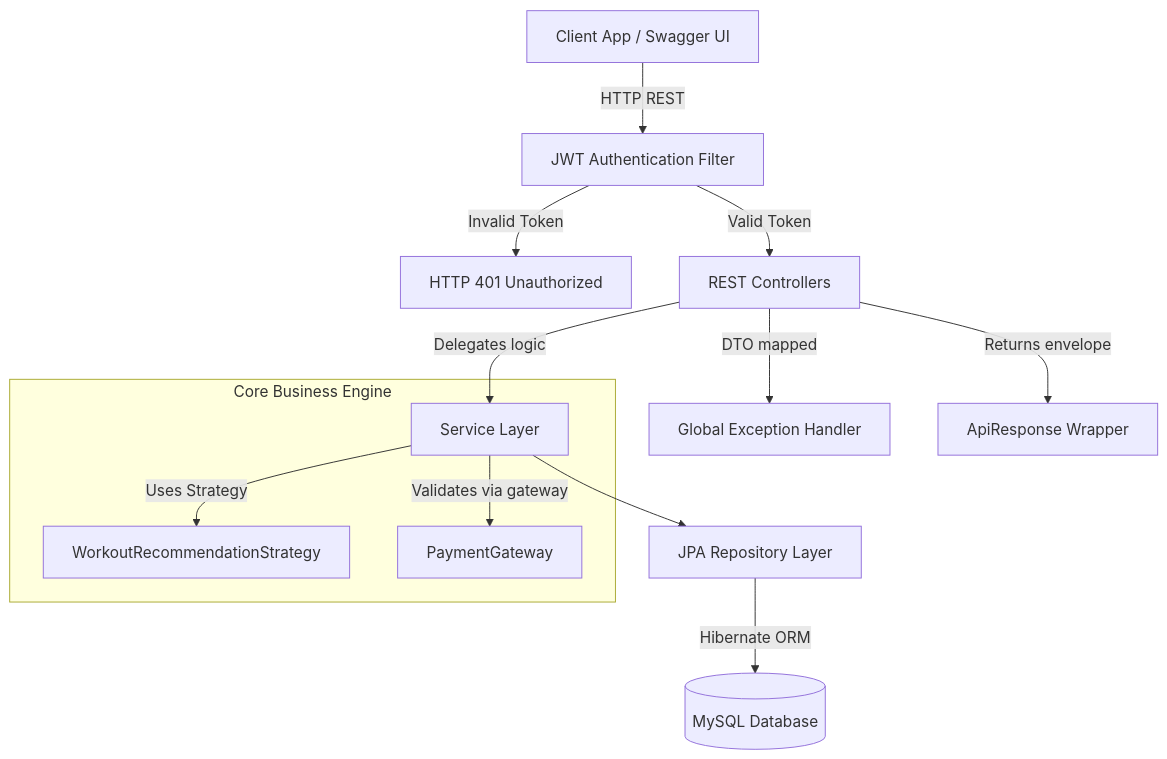
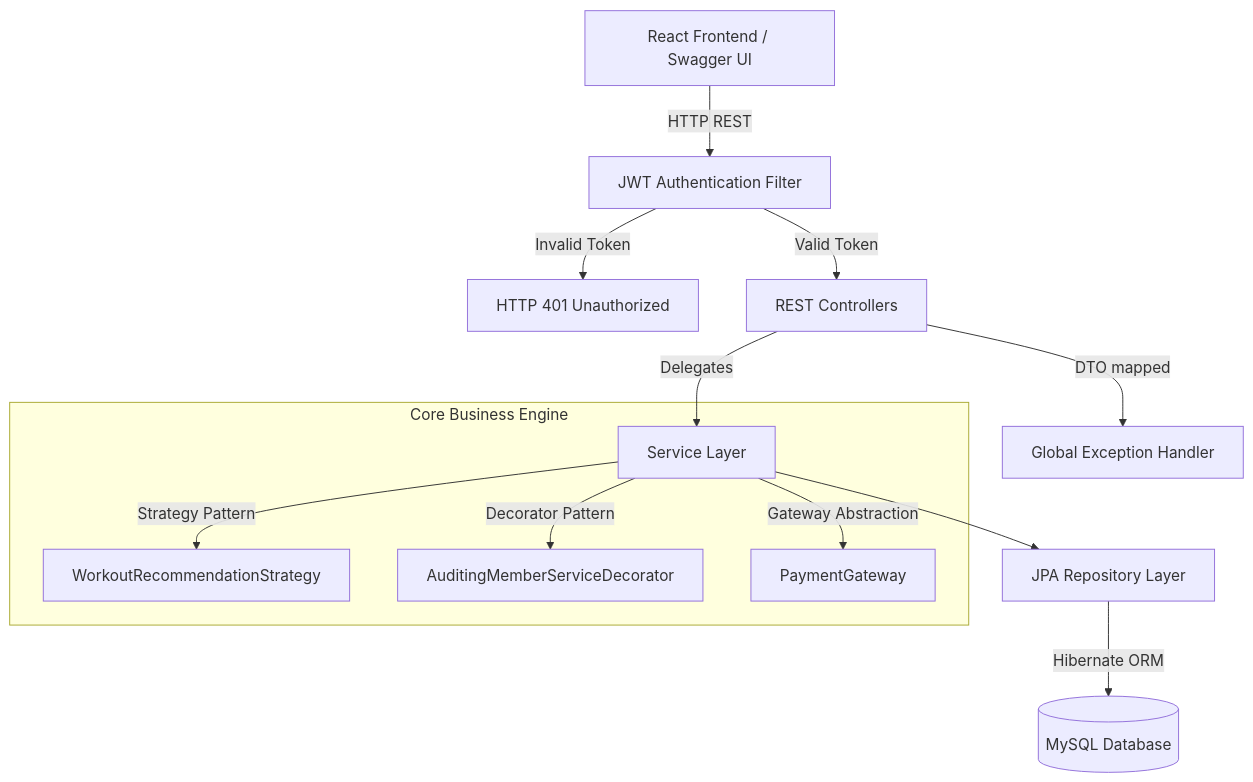
One commit to GUNADEEP19/GYM-MANAGEMENT-SYSTEM changed the diagram in README.md. Above: the diagram before and after it, drawn with Mermaid. The commit also changed other lines of this file and 1 other file, not shown here.

Commit message:
docs: update README with project architecture, design patterns, and technology stack details

````diff
--- a/README.md
+++ b/README.md
@@ -87,18 +87,18 @@
 ```mermaid
 graph TD
-    Client[Client App / Swagger UI] -->|HTTP REST| Filter[JWT Authentication Filter]
+    Client[React Frontend / Swagger UI] -->|HTTP REST| Filter[JWT Authentication Filter]
     Filter -->|Valid Token| Controller[REST Controllers]
     Filter -->|Invalid Token| 401[HTTP 401 Unauthorized]
-    
+
     Controller -->|DTO mapped| GlobalEx[Global Exception Handler]
-    Controller -->|Delegates logic| Service[Service Layer]
-    Controller -->|Returns envelope| Response[ApiResponse Wrapper]
-    
+    Controller -->|Delegates| Service[Service Layer]
+
     subgraph Core Business Engine
-    Service -->|Uses Strategy| StrategyPattern[WorkoutRecommendationStrategy]
-    Service -->|Validates via gateway| PaymentGateway[PaymentGateway]
+    Service -->|Strategy Pattern| Strategy[WorkoutRecommendationStrategy]
+    Service -->|Decorator Pattern| Decorator[AuditingMemberServiceDecorator]
+    Service -->|Gateway Abstraction| PG[PaymentGateway]
     end
-    
+
     Service --> Repo[JPA Repository Layer]
     Repo -->|Hibernate ORM| MySQL[(MySQL Database)]
 ```
````
